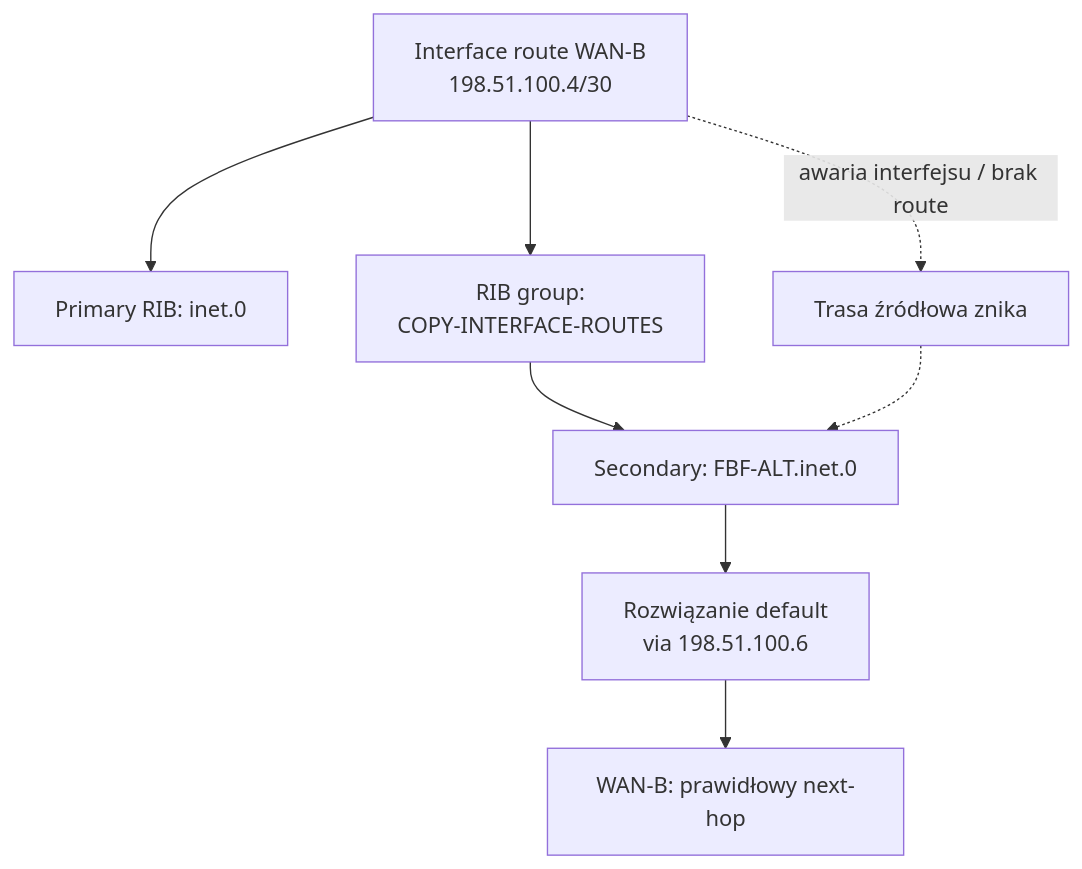
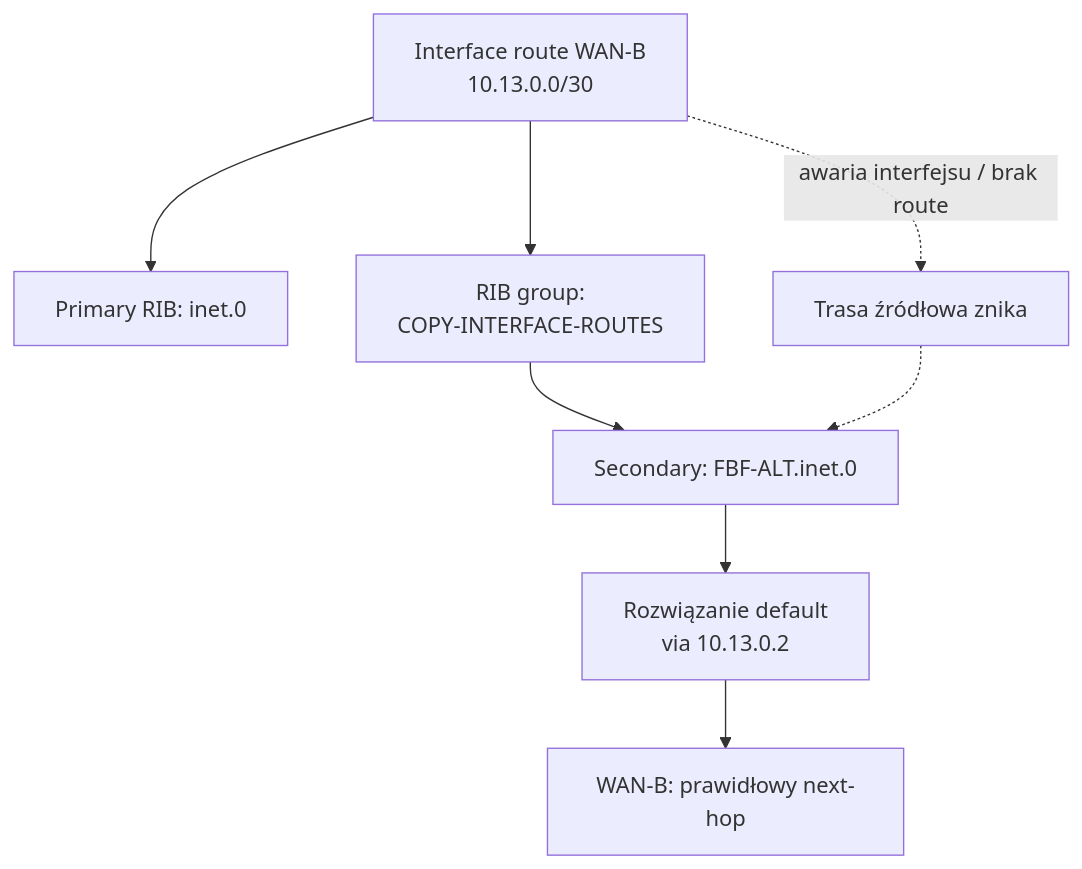
Before and after one commit to nelto79/jncip: the fifth of 7 diagrams in docs/chapters/JUNOS_Rozdzial_07_Protocol_Independent_Routing.md, drawn with Mermaid. The commit also changed other lines of this file, not shown here.

```diff
--- a/docs/chapters/JUNOS_Rozdzial_07_Protocol_Independent_Routing.md
+++ b/docs/chapters/JUNOS_Rozdzial_07_Protocol_Independent_Routing.md
@@ -425,10 +433,10 @@
 ~~~mermaid
 flowchart TD
-  I["Interface route WAN-B<br/>198.51.100.4/30"] --> P["Primary RIB: inet.0"]
+  I["Interface route WAN-B<br/>10.13.0.0/30"] --> P["Primary RIB: inet.0"]
   I --> RG["RIB group:<br/>COPY-INTERFACE-ROUTES"]
   RG --> S["Secondary: FBF-ALT.inet.0"]
-  S --> NH["Rozwiązanie default<br/>via 198.51.100.6"]
+  S --> NH["Rozwiązanie default<br/>via 10.13.0.2"]
   NH --> UP["WAN-B: prawidłowy next-hop"]
   I -. "awaria interfejsu / brak route" .-> F["Trasa źródłowa znika"]
   F -.-> S
 ~~~
```
